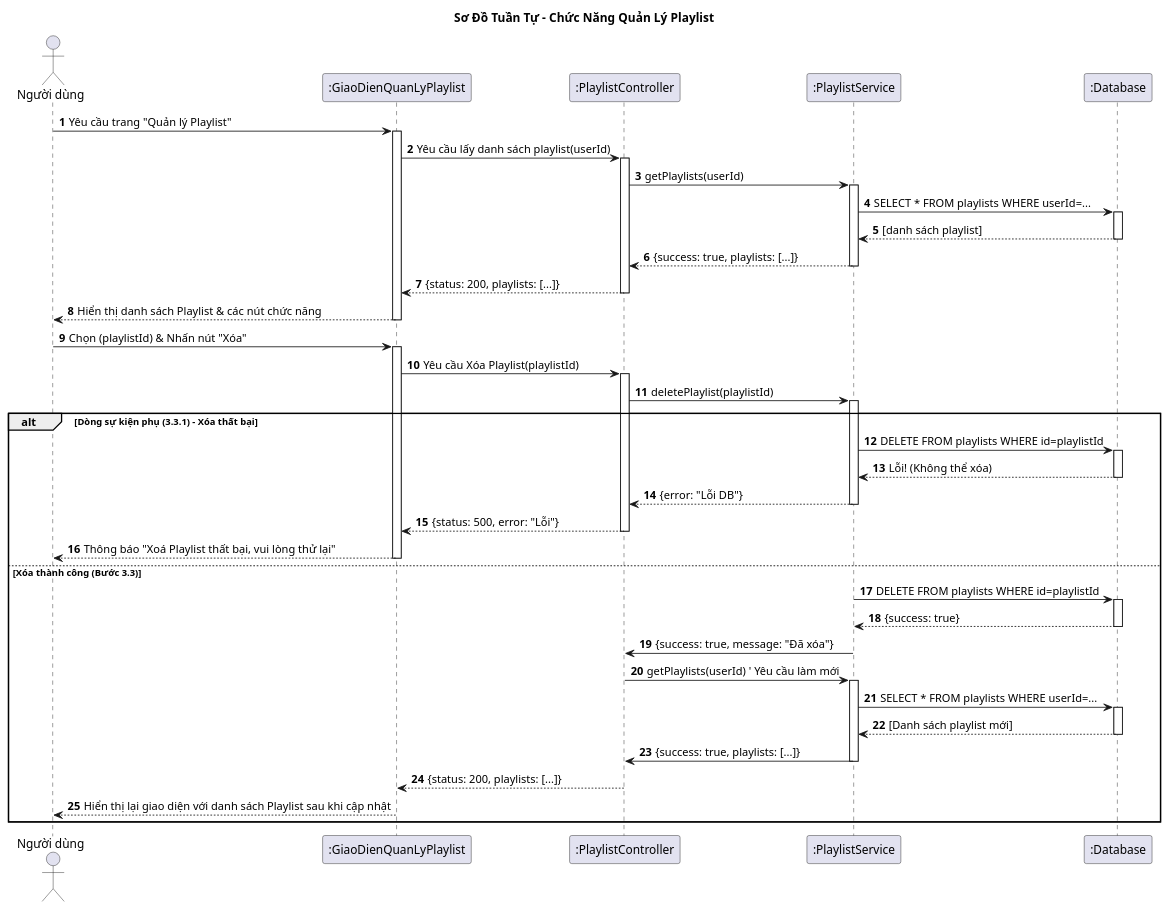
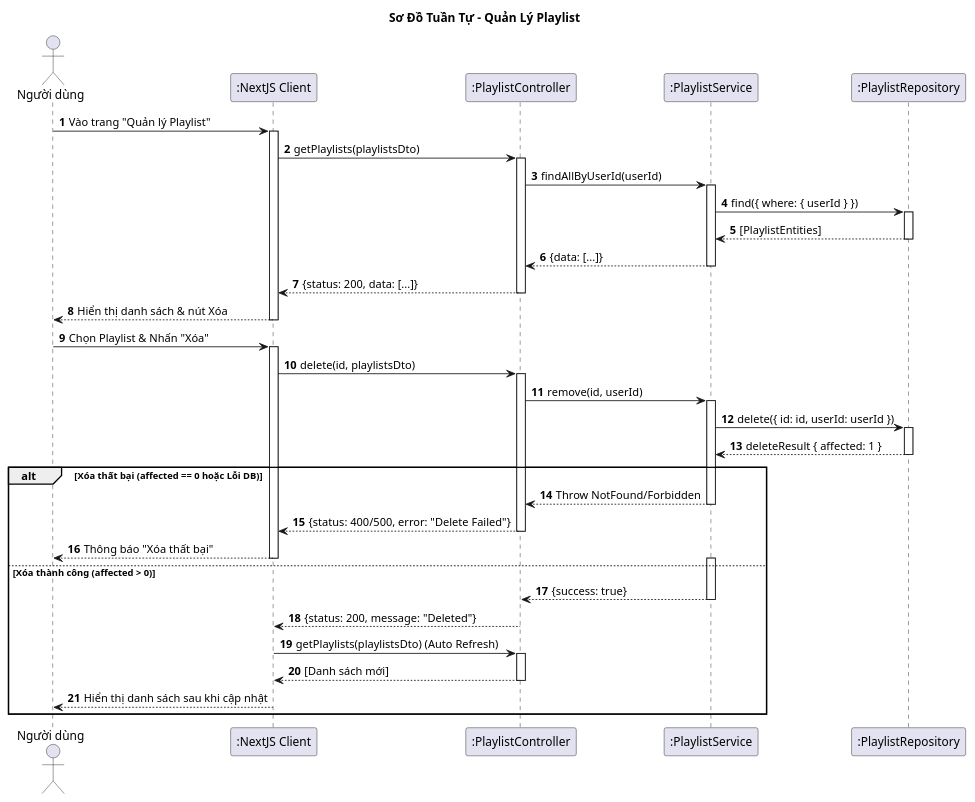
Before and after one commit to vinh047/soundwave: the diagram in Diagrams/SequenceDiagram/ManagePlaylistSD.plantuml, drawn with PlantUML. The commit also changed 25 other files, not shown here.

Commit message:
Thêm phần toggle theo dõi vào đặc tả, sửa sequence, sửa class đồng bộ với sequence

```diff
--- a/Diagrams/SequenceDiagram/ManagePlaylistSD.plantuml
+++ b/Diagrams/SequenceDiagram/ManagePlaylistSD.plantuml
@@ -1,79 +1,82 @@
-@startuml Sequence Diagram - Quản Lý Playlist
+@startuml Sequence Diagram - Quản Lý Playlist 
 
-title Sơ Đồ Tuần Tự - Chức Năng Quản Lý Playlist
+title Sơ Đồ Tuần Tự - Quản Lý Playlist 
 
 actor "Người dùng" as User
-participant ":GiaoDienQuanLyPlaylist" as UI
+participant ":NextJS Client" as UI
 participant ":PlaylistController" as Controller
 participant ":PlaylistService" as Service
-participant ":Database" as DB
+participant ":PlaylistRepository" as DB
 
 autonumber
 
-' === Dòng sự kiện chính (bước 1 & 2): Tải giao diện ===
-' Tiền điều kiện 1: Người dùng đã đăng nhập
-User -> UI: Yêu cầu trang "Quản lý Playlist"
+' === BƯỚC 1: TẢI DANH SÁCH ===
+User -> UI: Vào trang "Quản lý Playlist"
 activate UI
-UI -> Controller: Yêu cầu lấy danh sách playlist(userId)
+UI -> Controller: getPlaylists(playlistsDto)
 activate Controller
-Controller -> Service: getPlaylists(userId)
+
+' Lấy userId từ token (req.user.id)
+Controller -> Service: findAllByUserId(userId)
 activate Service
-Service -> DB: SELECT * FROM playlists WHERE userId=...
+
+Service -> DB: find({ where: { userId } })
 activate DB
-DB --> Service: [danh sách playlist]
+DB --> Service: [PlaylistEntities]
 deactivate DB
-Service --> Controller: {success: true, playlists: [...]}
+
+Service --> Controller: {data: [...]}
 deactivate Service
-Controller --> UI: {status: 200, playlists: [...]}
+Controller --> UI: {status: 200, data: [...]}
 deactivate Controller
-UI --> User: Hiển thị danh sách Playlist & các nút chức năng
+UI --> User: Hiển thị danh sách & nút Xóa
 deactivate UI
 
-' === Dòng sự kiện chính (bước 3.3): Người dùng chọn Xóa ===
-User -> UI: Chọn (playlistId) & Nhấn nút "Xóa"
+' === BƯỚC 3.3: XÓA PLAYLIST ===
+User -> UI: Chọn Playlist & Nhấn "Xóa"
 activate UI
-UI -> Controller: Yêu cầu Xóa Playlist(playlistId)
+UI -> Controller: delete(id, playlistsDto)
 activate Controller
-Controller -> Service: deletePlaylist(playlistId)
+
+' Luôn truyền userId để check quyền
+Controller -> Service: remove(id, userId)
 activate Service
 
-' === Dòng sự kiện (bước 3.3) & Dòng sự kiện phụ (3.3.1) ===
-alt Dòng sự kiện phụ (3.3.1) - Xóa thất bại
-    Service -> DB: DELETE FROM playlists WHERE id=playlistId
-    activate DB
-    DB --> Service: Lỗi! (Không thể xóa)
-    deactivate DB
-    Service --> Controller: {error: "Lỗi DB"}
+' === XỬ LÝ XÓA AN TOÀN (Check Owner) ===
+' Cách 1: Dùng delete với điều kiện userId (Nhanh gọn)
+Service -> DB: delete({ id: id, userId: userId })
+activate DB
+DB --> Service: deleteResult { affected: 1 }
+deactivate DB
+
+alt Xóa thất bại (affected == 0 hoặc Lỗi DB)
+    ' affected = 0 nghĩa là ID không tồn tại hoặc không phải của User này
+    Service --> Controller: Throw NotFound/Forbidden
     deactivate Service
-    Controller --> UI: {status: 500, error: "Lỗi"}
+    Controller --> UI: {status: 400/500, error: "Delete Failed"}
     deactivate Controller
     
-    UI --> User: Thông báo "Xoá Playlist thất bại, vui lòng thử lại"
+    UI --> User: Thông báo "Xóa thất bại"
     deactivate UI
 
-else Xóa thành công (Bước 3.3)
-    Service -> DB: DELETE FROM playlists WHERE id=playlistId
-    activate DB
-    DB --> Service: {success: true}
-    deactivate DB
-    Service -> Controller: {success: true, message: "Đã xóa"}
+else Xóa thành công (affected > 0)
+    ' Đã activate Service ở trên
+    activate Service
+    Service --> Controller: {success: true}
     deactivate Service
 
-    ' === Dòng sự kiện chính (bước 4): Hiện lại danh sách ===
-    ' (Hệ thống tự động làm mới giao diện)
-    Controller -> Service: getPlaylists(userId) ' Yêu cầu làm mới
-    activate Service
-    Service -> DB: SELECT * FROM playlists WHERE userId=...
-    activate DB
-    DB --> Service: [Danh sách playlist mới]
-    deactivate DB
-    Service -> Controller: {success: true, playlists: [...]}
-    deactivate Service
-    
-    Controller --> UI: {status: 200, playlists: [...]}
+    ' === BƯỚC 4: LÀM MỚI DANH SÁCH ===
+    ' Client tự gọi lại API lấy danh sách (Logic React/NextJS chuẩn)
+    Controller --> UI: {status: 200, message: "Deleted"}
     deactivate Controller
     
-    UI --> User: Hiển thị lại giao diện với danh sách Playlist sau khi cập nhật
+    UI -> Controller: getPlaylists(playlistsDto) (Auto Refresh)
+    activate Controller
+    ' ... (Lặp lại quy trình lấy danh sách như Bước 1) ...
+    Controller --> UI: [Danh sách mới]
+    deactivate Controller
+    
+    UI --> User: Hiển thị danh sách sau khi cập nhật
     deactivate UI
 end
 @enduml
```
